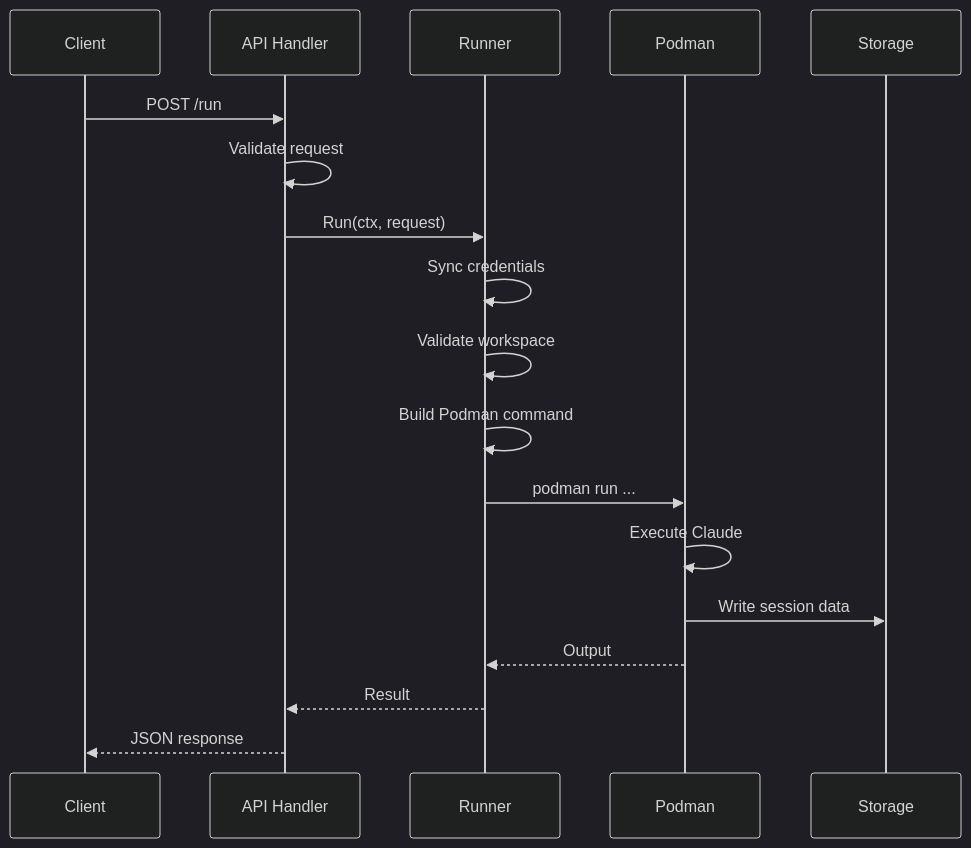
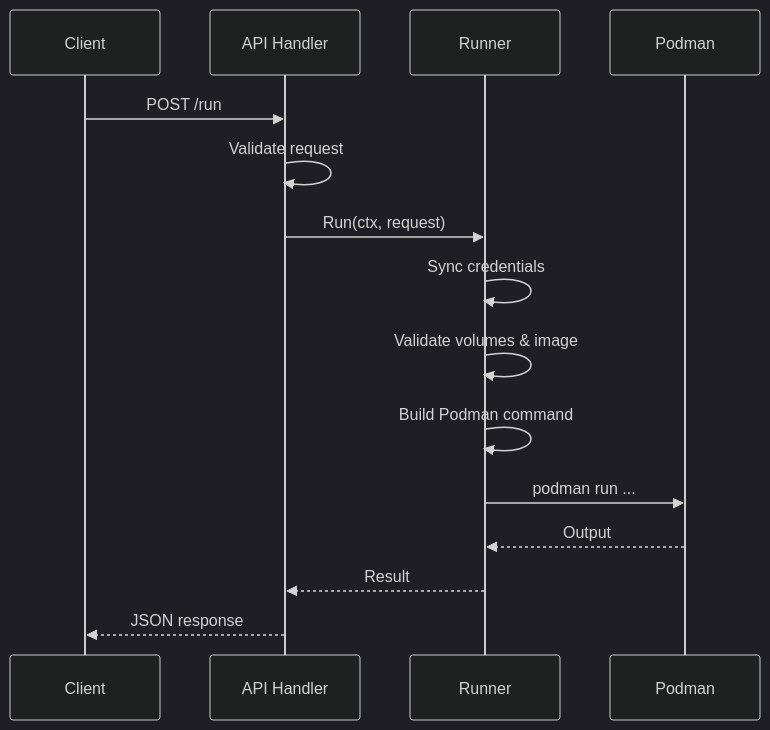
The second of 4 diagrams in docs/development/architecture.md (tomblancdev/stromboli), drawn with Mermaid (dark theme) before and after one commit. The commit also changed other lines of this file and 37 other files, not shown here.

````diff
--- a/docs/development/architecture.md
+++ b/docs/development/architecture.md
@@ -105,21 +74,18 @@
 ```mermaid
 sequenceDiagram
     participant C as Client
     participant A as API Handler
     participant R as Runner
     participant P as Podman
-    participant S as Storage
 
     C->>A: POST /run
     A->>A: Validate request
     A->>R: Run(ctx, request)
     R->>R: Sync credentials
-    R->>R: Validate workspace
+    R->>R: Validate volumes & image
     R->>R: Build Podman command
     R->>P: podman run ...
-    P->>P: Execute Claude
-    P->>S: Write session data
     P-->>R: Output
     R-->>A: Result
     A-->>C: JSON response
 ```
````
